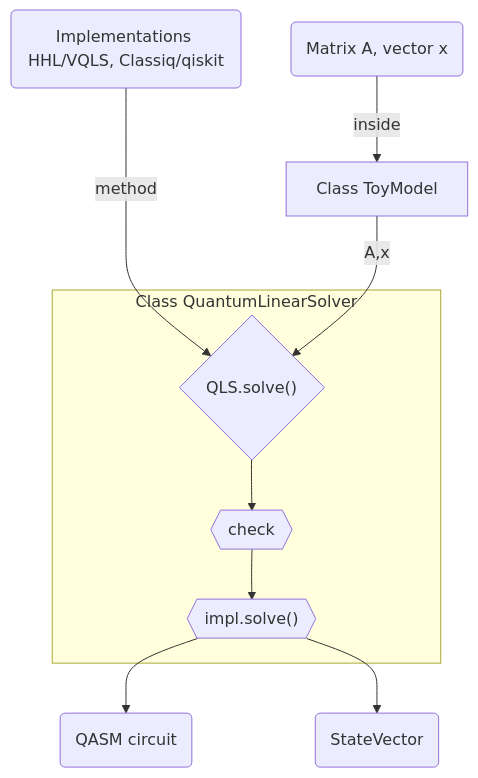
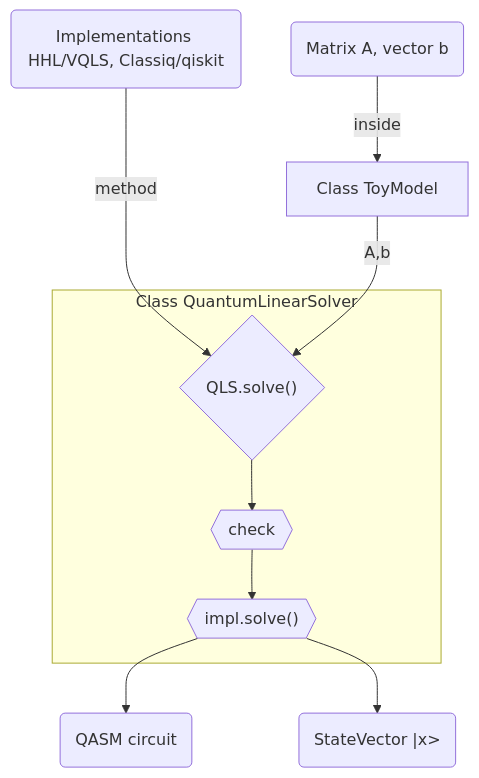
One commit to SURFQuantum/qc-quantum-linear-systems changed the diagram in README.md. Above: the diagram before and after it, drawn with Mermaid. The commit also changed 5 other files, not shown here.

````diff
--- a/README.md
+++ b/README.md
@@ -41,12 +41,12 @@
 ```mermaid
 flowchart TD
     subgraph Class QuantumLinearSolver
         D{"QLS.solve()"} --> CH{{check}}
         CH --> S{{"impl.solve()"}}
     end
-    A(Matrix A, vector x) -->|inside| B[Class ToyModel]
+    A(Matrix A, vector b) -->|inside| B[Class ToyModel]
     M(Implementations HHL/VQLS, Classiq/qiskit) ---> |method| D
-    B --> |A,x| D
+    B --> |A,b| D
     S --> Q(QASM circuit)
-    S --> V(StateVector)
+    S --> V("StateVector |x>")
 ```
````
